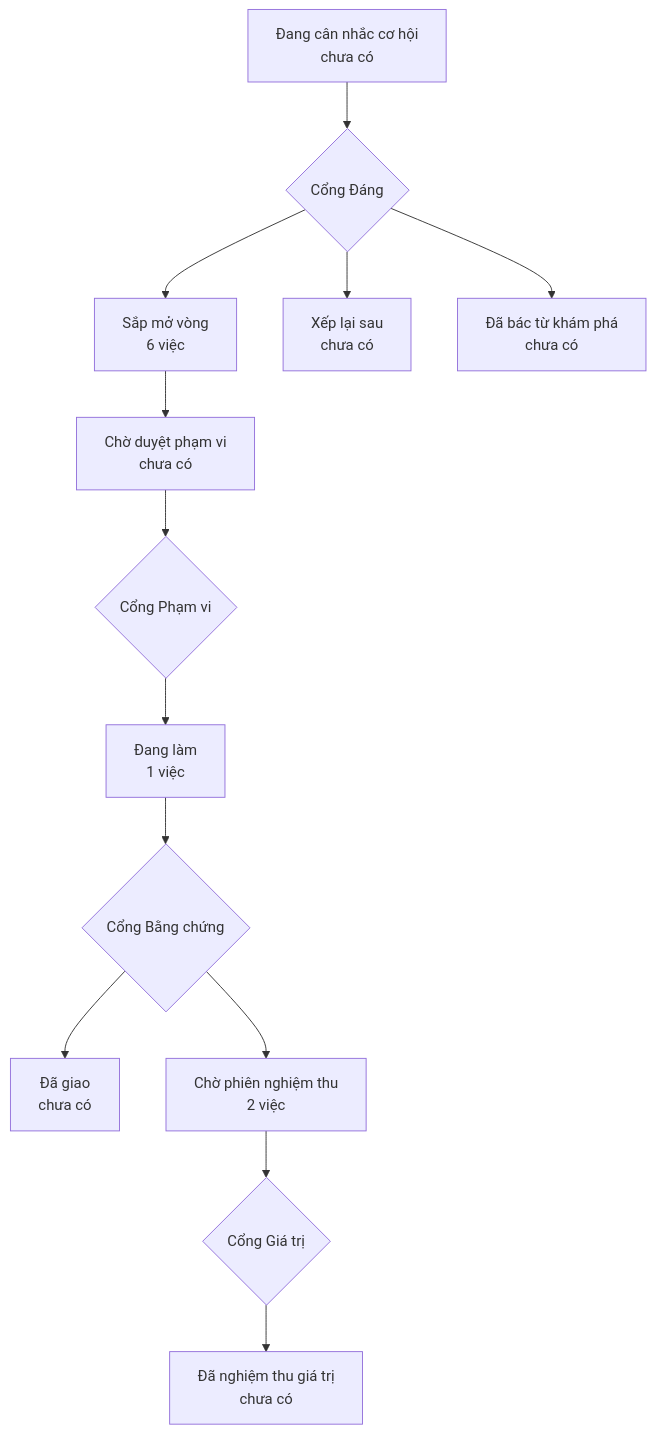
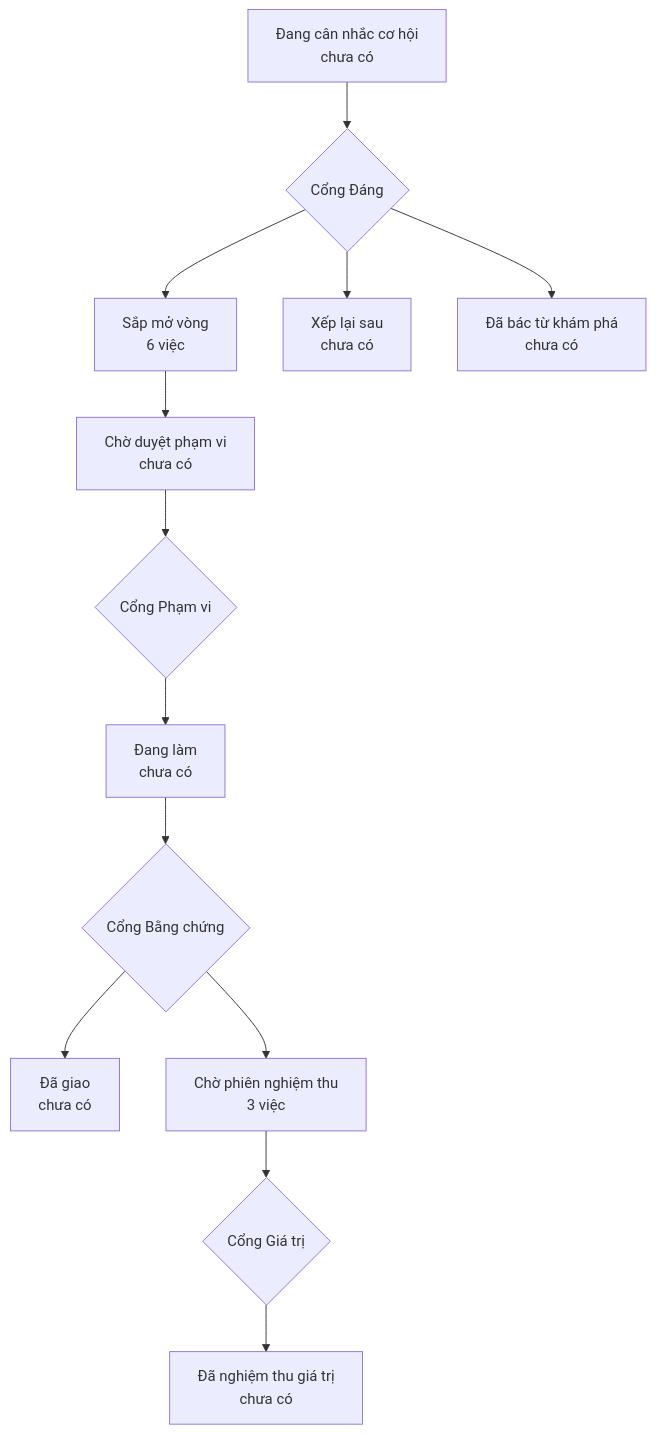
One commit to phanlemanh/onehub-quy-hang changed the diagram in PRODUCT-MAP.md. Above: the diagram before and after it, drawn with Mermaid. The commit also changed other lines of this file and 4 other files, not shown here.

````diff
--- a/PRODUCT-MAP.md
+++ b/PRODUCT-MAP.md
@@ -7,12 +7,12 @@
 ```mermaid
 flowchart TD
   A["Đang cân nhắc cơ hội<br/>chưa có"] --> GD{"Cổng Đáng"}
   GD --> B["Sắp mở vòng<br/>6 việc"]
   GD --> XL["Xếp lại sau<br/>chưa có"]
   GD --> DB["Đã bác từ khám phá<br/>chưa có"]
   B --> CD["Chờ duyệt phạm vi<br/>chưa có"] --> GP{"Cổng Phạm vi"}
-  GP --> DL["Đang làm<br/>1 việc"] --> GB{"Cổng Bằng chứng"}
+  GP --> DL["Đang làm<br/>chưa có"] --> GB{"Cổng Bằng chứng"}
   GB --> DG["Đã giao<br/>chưa có"]
-  GB --> CN["Chờ phiên nghiệm thu<br/>2 việc"] --> GG{"Cổng Giá trị"}
+  GB --> CN["Chờ phiên nghiệm thu<br/>3 việc"] --> GG{"Cổng Giá trị"}
   GG --> NT["Đã nghiệm thu giá trị<br/>chưa có"]
 ```
````
